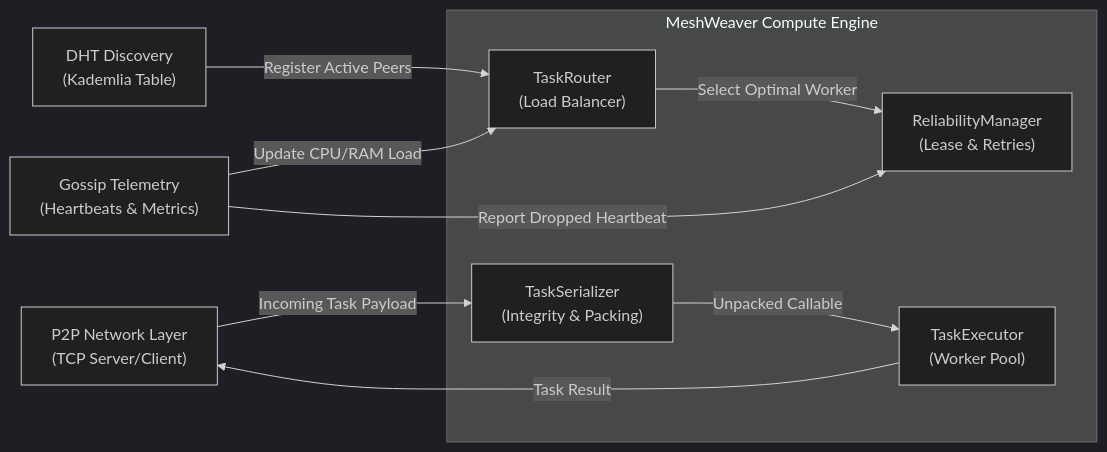
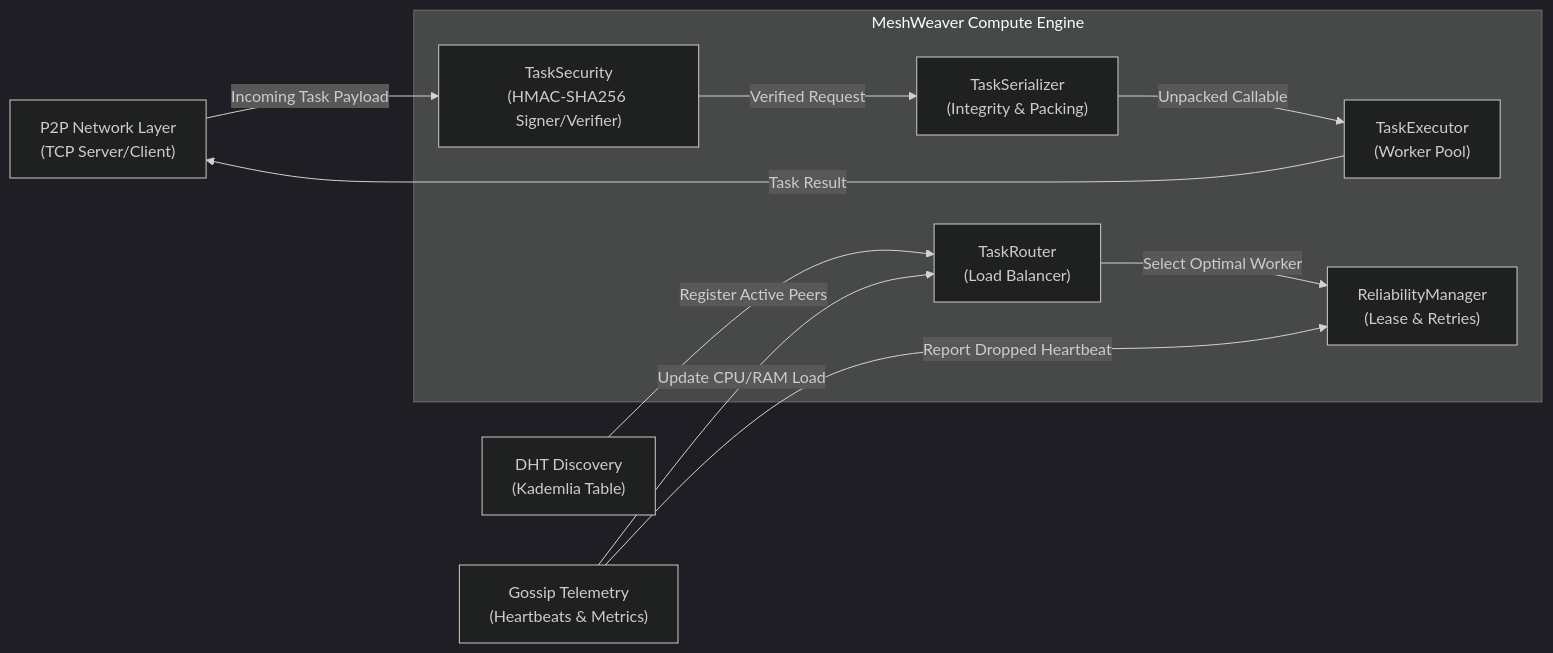
The diagram in docs/task_engine_architecture.md (Mugilan-pro/MeshWeaver-Zero-Dependency-P2P-Async-Task-Broker), drawn with Mermaid (dark theme) before and after one commit. The commit also changed other lines of this file and 5 other files, not shown here.

Commit message:
feat(security): implement cryptographic signatures and verification for task requests

````diff
--- a/docs/task_engine_architecture.md
+++ b/docs/task_engine_architecture.md
@@ -16,23 +17,25 @@
 ```mermaid
 flowchart LR
     NetworkLayer["P2P Network Layer<br/>(TCP Server/Client)"]
     DiscoveryLayer["DHT Discovery<br/>(Kademlia Table)"]
     GossipLayer["Gossip Telemetry<br/>(Heartbeats & Metrics)"]
     
     subgraph TaskEngine["MeshWeaver Compute Engine"]
+        Security["TaskSecurity<br/>(HMAC-SHA256 Signer/Verifier)"]
         Router["TaskRouter<br/>(Load Balancer)"]
         Reliability["ReliabilityManager<br/>(Lease & Retries)"]
         Executor["TaskExecutor<br/>(Worker Pool)"]
         Serializer["TaskSerializer<br/>(Integrity & Packing)"]
     end
 
     DiscoveryLayer -->|Register Active Peers| Router
     GossipLayer -->|Update CPU/RAM Load| Router
     GossipLayer -->|Report Dropped Heartbeat| Reliability
     
-    NetworkLayer -->|Incoming Task Payload| Serializer
+    NetworkLayer -->|Incoming Task Payload| Security
+    Security -->|Verified Request| Serializer
     Serializer -->|Unpacked Callable| Executor
     Executor -->|Task Result| NetworkLayer
     
     Router -->|Select Optimal Worker| Reliability
 ```
````
